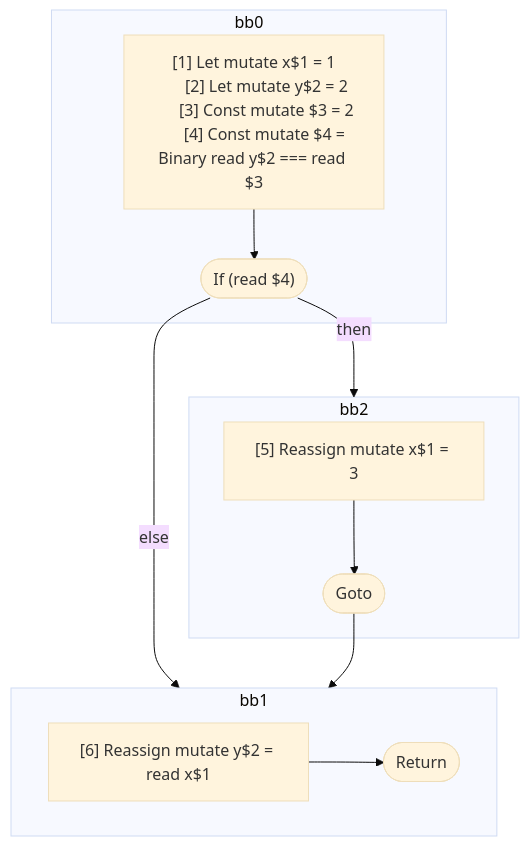
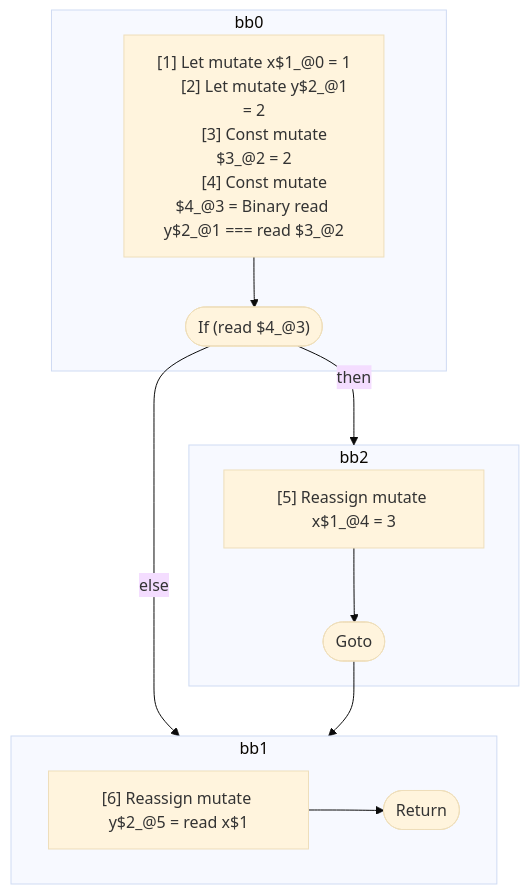
Before and after one commit to wutsmog/private: the diagram in compiler/forget/src/__tests__/fixtures/hir/ssa-complex-single-if.expect.md, drawn with Mermaid (base theme). The commit also changed other lines of this file and 60 other files, not shown here.

````diff
--- a/compiler/forget/src/__tests__/fixtures/hir/ssa-complex-single-if.expect.md
+++ b/compiler/forget/src/__tests__/fixtures/hir/ssa-complex-single-if.expect.md
@@ -38,31 +38,31 @@
 ```mermaid
 flowchart TB
   %% Basic Blocks
   subgraph bb0
     bb0_instrs["
-      [1] Let mutate x$1 = 1
-      [2] Let mutate y$2 = 2
-      [3] Const mutate $3 = 2
-      [4] Const mutate $4 = Binary read y$2 === read $3
+      [1] Let mutate x$1_@0 = 1
+      [2] Let mutate y$2_@1 = 2
+      [3] Const mutate $3_@2 = 2
+      [4] Const mutate $4_@3 = Binary read y$2_@1 === read $3_@2
     "]
-    bb0_instrs --> bb0_terminal(["If (read $4)"])
+    bb0_instrs --> bb0_terminal(["If (read $4_@3)"])
   end
   subgraph bb2
     bb2_instrs["
-      [5] Reassign mutate x$1 = 3
+      [5] Reassign mutate x$1_@4 = 3
     "]
     bb2_instrs --> bb2_terminal(["Goto"])
   end
   subgraph bb1
     bb1_instrs["
-      [6] Reassign mutate y$2 = read x$1
+      [6] Reassign mutate y$2_@5 = read x$1
     "]
     bb1_instrs --> bb1_terminal(["Return"])
   end
 
   %% Jumps
   bb0_terminal -- then --> bb2
   bb0_terminal -- else --> bb1
   bb2_terminal --> bb1
 
 ```
````
